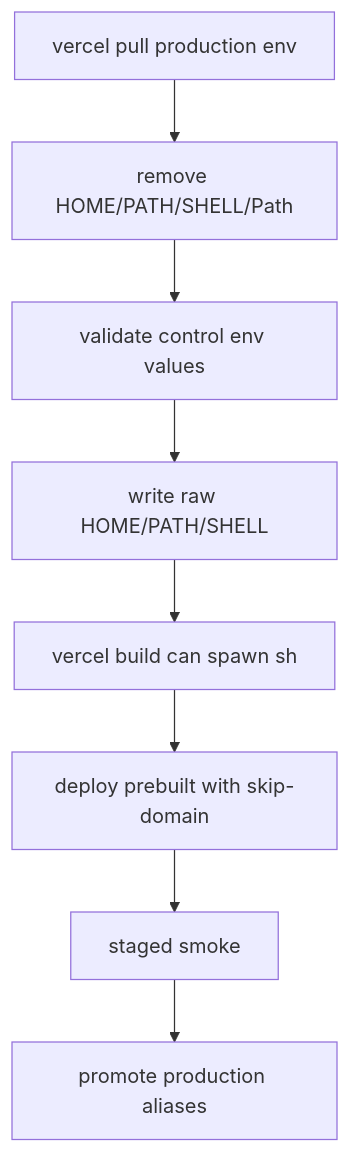
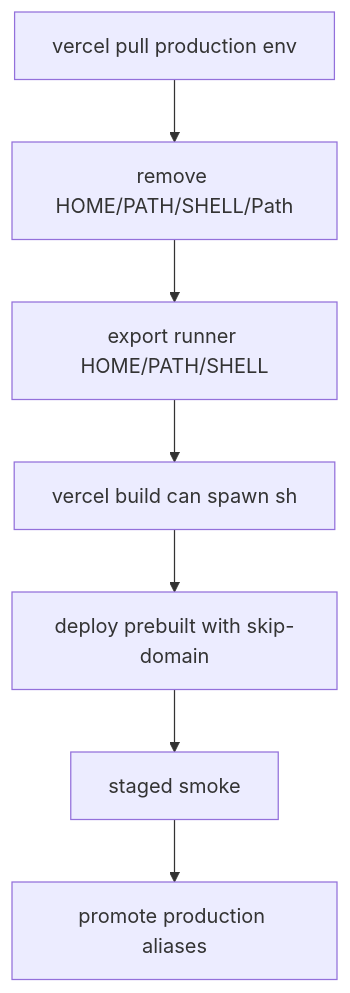
One commit to ramideltoro/nutsnews-docs changed the diagram in updates/README_VERCEL_PRODUCTION_BUILD_SHELL_ENV_FIX.md. Above: the diagram before and after it, drawn with Mermaid. The commit also changed other lines of this file, not shown here.

Commit message:
Document Vercel shell env stripping

````diff
--- a/updates/README_VERCEL_PRODUCTION_BUILD_SHELL_ENV_FIX.md
+++ b/updates/README_VERCEL_PRODUCTION_BUILD_SHELL_ENV_FIX.md
@@ -41,10 +54,9 @@
 ```mermaid
 flowchart TD
   pull["vercel pull production env"] --> strip["remove HOME/PATH/SHELL/Path"]
-  strip --> validate["validate control env values"]
-  validate --> write["write raw HOME/PATH/SHELL"]
-  write --> build["vercel build can spawn sh"]
+  strip --> export["export runner HOME/PATH/SHELL"]
+  export --> build["vercel build can spawn sh"]
   build --> staged["deploy prebuilt with skip-domain"]
   staged --> smoke["staged smoke"]
   smoke --> promote["promote production aliases"]
 ```
````
